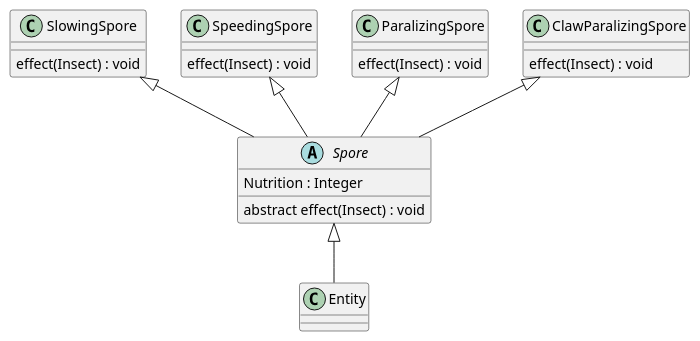
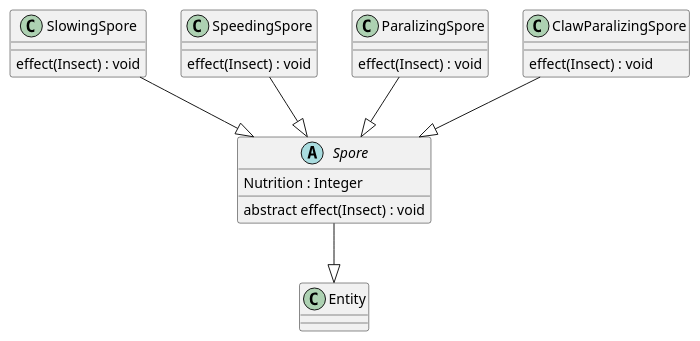
One commit to Petya-G/fungorium changed the diagram in 3/classes/spore.puml. Above: the diagram before and after it, drawn with PlantUML. The commit also changed 6 other files, not shown here.

```diff
--- a/3/classes/spore.puml
+++ b/3/classes/spore.puml
@@ -1,33 +1,33 @@
 @startuml spore
 
-Spore <|-- Entity
+Spore --|> Entity
 
 abstract class Spore{
     Nutrition : Integer
     abstract effect(Insect) : void
 }
 
-SlowingSpore <|--Spore
+SlowingSpore --|> Spore
 class SlowingSpore{
     effect(Insect) : void
 
 }
 
-SpeedingSpore <|--Spore
+SpeedingSpore --|> Spore
 class SpeedingSpore{
     effect(Insect) : void
 
 }
 
-ParalizingSpore <|--Spore
+ParalizingSpore --|> Spore
 class ParalizingSpore{
     effect(Insect) : void
 
 }
 
-ClawParalizingSpore <|--Spore
+ClawParalizingSpore --|> Spore
 class ClawParalizingSpore{
     effect(Insect) : void
 
 }
 @enduml	
```
